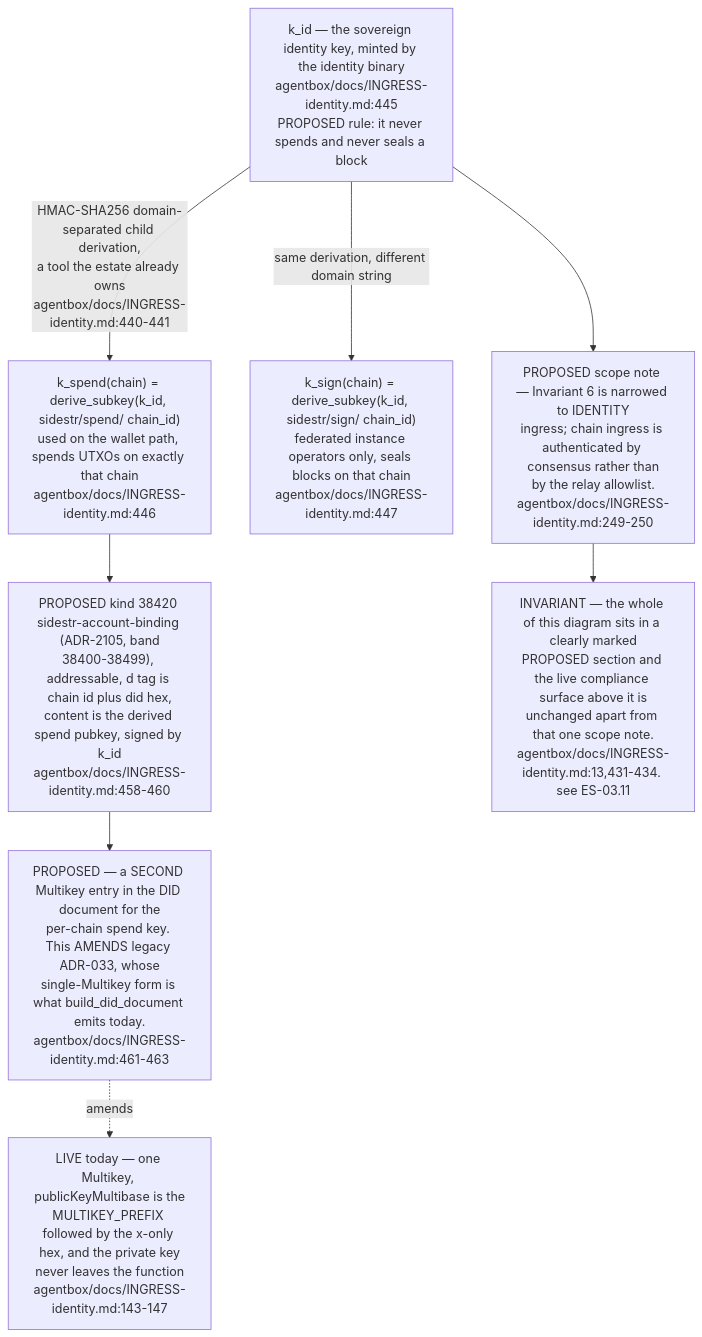
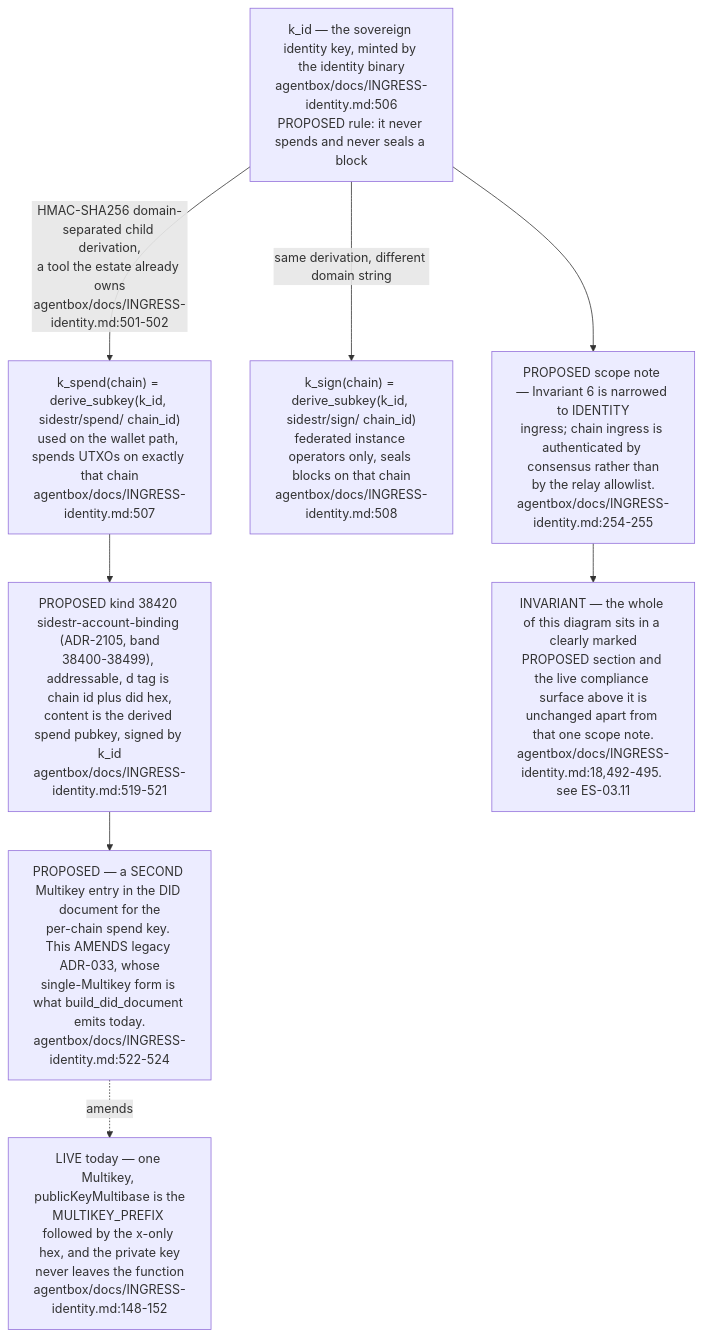
The sixth of 6 diagrams in docs/diagrams/estate/04-identity-mesh-did-nostr.md (DreamLab-AI/VisionFlow), drawn with Mermaid before and after one commit. The commit also changed other lines of this file and 91 other files, not shown here.

First line of the commit message:
docs(audit): estate audit wave 2, every repository except agentbox and VisionClaw

````diff
--- a/docs/diagrams/estate/04-identity-mesh-did-nostr.md
+++ b/docs/diagrams/estate/04-identity-mesh-did-nostr.md
@@ -272,25 +281,25 @@
 ```mermaid
 flowchart TB
-    KID["k_id — the sovereign identity key, minted by the identity binary<br/>agentbox/docs/INGRESS-identity.md:445<br/>PROPOSED rule: it never spends and never seals a block"]
+    KID["k_id — the sovereign identity key, minted by the identity binary<br/>agentbox/docs/INGRESS-identity.md:506<br/>PROPOSED rule: it never spends and never seals a block"]
 
-    SPEND["k_spend(chain) = derive_subkey(k_id, sidestr/spend/ chain_id)<br/>used on the wallet path, spends UTXOs on exactly that chain<br/>agentbox/docs/INGRESS-identity.md:446"]
-    SIGN["k_sign(chain) = derive_subkey(k_id, sidestr/sign/ chain_id)<br/>federated instance operators only, seals blocks on that chain<br/>agentbox/docs/INGRESS-identity.md:447"]
+    SPEND["k_spend(chain) = derive_subkey(k_id, sidestr/spend/ chain_id)<br/>used on the wallet path, spends UTXOs on exactly that chain<br/>agentbox/docs/INGRESS-identity.md:507"]
+    SIGN["k_sign(chain) = derive_subkey(k_id, sidestr/sign/ chain_id)<br/>federated instance operators only, seals blocks on that chain<br/>agentbox/docs/INGRESS-identity.md:508"]
 
-    KID -->|"HMAC-SHA256 domain-separated child derivation,<br/>a tool the estate already owns<br/>agentbox/docs/INGRESS-identity.md:440-441"| SPEND
+    KID -->|"HMAC-SHA256 domain-separated child derivation,<br/>a tool the estate already owns<br/>agentbox/docs/INGRESS-identity.md:501-502"| SPEND
     KID -->|"same derivation, different domain string"| SIGN
 
-    BIND["PROPOSED kind 38420 sidestr-account-binding (ADR-2105, band<br/>38400-38499), addressable, d tag is chain id plus did hex,<br/>content is the derived spend pubkey, signed by k_id<br/>agentbox/docs/INGRESS-identity.md:458-460"]
+    BIND["PROPOSED kind 38420 sidestr-account-binding (ADR-2105, band<br/>38400-38499), addressable, d tag is chain id plus did hex,<br/>content is the derived spend pubkey, signed by k_id<br/>agentbox/docs/INGRESS-identity.md:519-521"]
     SPEND --> BIND
 
-    MK["PROPOSED — a SECOND Multikey entry in the DID document for the<br/>per-chain spend key. This AMENDS legacy ADR-033, whose<br/>single-Multikey form is what build_did_document emits today.<br/>agentbox/docs/INGRESS-identity.md:461-463"]
+    MK["PROPOSED — a SECOND Multikey entry in the DID document for the<br/>per-chain spend key. This AMENDS legacy ADR-033, whose<br/>single-Multikey form is what build_did_document emits today.<br/>agentbox/docs/INGRESS-identity.md:522-524"]
     BIND --> MK
 
-    LIVE["LIVE today — one Multikey, publicKeyMultibase is the<br/>MULTIKEY_PREFIX followed by the x-only hex, and the private key<br/>never leaves the function<br/>agentbox/docs/INGRESS-identity.md:143-147"]
+    LIVE["LIVE today — one Multikey, publicKeyMultibase is the<br/>MULTIKEY_PREFIX followed by the x-only hex, and the private key<br/>never leaves the function<br/>agentbox/docs/INGRESS-identity.md:148-152"]
     MK -.->|"amends"| LIVE
 
-    SCOPE["PROPOSED scope note — Invariant 6 is narrowed to IDENTITY<br/>ingress; chain ingress is authenticated by consensus rather than<br/>by the relay allowlist.<br/>agentbox/docs/INGRESS-identity.md:249-250"]
+    SCOPE["PROPOSED scope note — Invariant 6 is narrowed to IDENTITY<br/>ingress; chain ingress is authenticated by consensus rather than<br/>by the relay allowlist.<br/>agentbox/docs/INGRESS-identity.md:254-255"]
     KID --> SCOPE
 
-    INV["INVARIANT — the whole of this diagram sits in a clearly marked<br/>PROPOSED section and the live compliance surface above it is<br/>unchanged apart from that one scope note.<br/>agentbox/docs/INGRESS-identity.md:13,431-434. see ES-03.11"]
+    INV["INVARIANT — the whole of this diagram sits in a clearly marked<br/>PROPOSED section and the live compliance surface above it is<br/>unchanged apart from that one scope note.<br/>agentbox/docs/INGRESS-identity.md:18,492-495. see ES-03.11"]
     SCOPE --> INV
 ```
````
